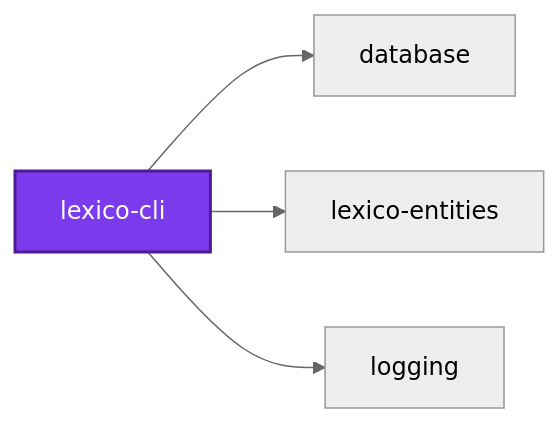
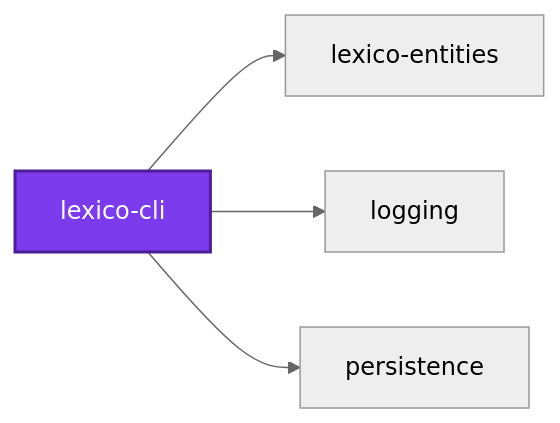
One commit to organizzolini/codebase changed the first of 3 diagrams in projects/lexico/lexico-cli/README.md. Above: the diagram before and after it, drawn with Mermaid (neutral theme). The commit also changed other lines of this file and 69 other files, not shown here.

````diff
--- a/projects/lexico/lexico-cli/README.md
+++ b/projects/lexico/lexico-cli/README.md
@@ -855,12 +855,12 @@
 ```mermaid
 graph LR
-  database["database"]
   lexico_cli["lexico-cli"]
   lexico_entities["lexico-entities"]
   logging["logging"]
-  lexico_cli --> database
+  persistence["persistence"]
   lexico_cli --> lexico_entities
   lexico_cli --> logging
+  lexico_cli --> persistence
   classDef subject fill:#7c3aed,color:#fff,stroke:#4c1d95,stroke-width:2px
   class lexico_cli subject
 ```
````
